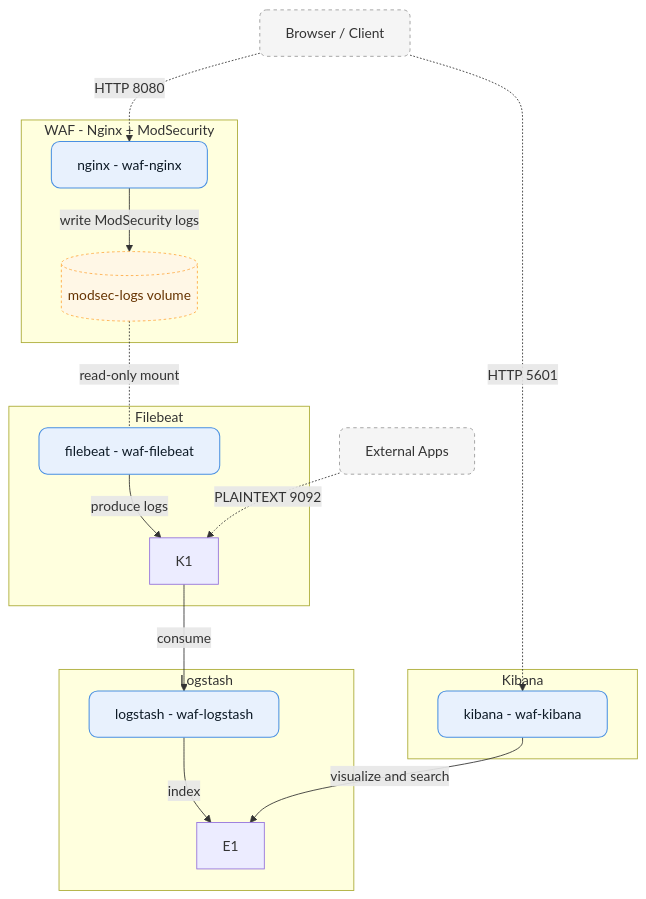
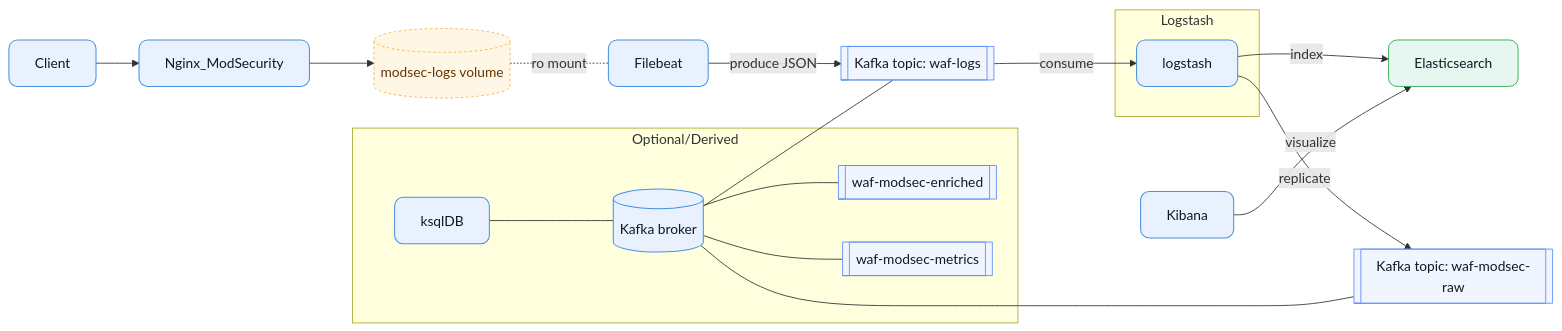
Before and after one commit to rojae/waf: the diagram in README.md, drawn with Mermaid. The commit also changed other lines of this file and 4 other files, not shown here.

````diff
--- a/README.md
+++ b/README.md
@@ -17,44 +24,33 @@
 ```mermaid
-flowchart TD
-    %% ===== Styles (밝은 톤) =====
-    classDef svc fill:#e8f1fd,stroke:#4a90e2,color:#0d1a26,stroke-width:1.2,rx:10,ry:10
-    classDef db  fill:#e6f7f1,stroke:#28a745,color:#0d1a26,rx:10,ry:10
-    classDef vol fill:#fff7e6,stroke:#ffa940,color:#663300,stroke-dasharray:3 3,rx:8,ry:8
-    classDef ext fill:#f5f5f5,stroke:#999,color:#333,stroke-dasharray:4 4,rx:8,ry:8
+flowchart LR
+  classDef svc fill:#e8f1fd,stroke:#4a90e2,color:#0d1a26,stroke-width:1.2,rx:10,ry:10
+  classDef db  fill:#e6f7f1,stroke:#28a745,color:#0d1a26,rx:10,ry:10
+  classDef vol fill:#fff7e6,stroke:#ffa940,color:#663300,stroke-dasharray:3 3,rx:8,ry:8
+  classDef topic fill:#f0f5ff,stroke:#5b8ff9,color:#0d1a26,rx:10,ry:10
 
-    %% ===== External =====
-    Client[Browser / Client]:::ext
-    ExtApps[External Apps]:::ext
+  C[Client]:::svc --> N[Nginx_ModSecurity]:::svc
+  N --> V[(modsec-logs volume)]:::vol
+  V -. ro mount .- F[Filebeat]:::svc
+  F -->|produce JSON| T1[[Kafka topic: waf-logs]]:::topic
+  K[(Kafka broker)]:::svc --- T1
 
-    %% ===== Nginx & Volume =====
-    subgraph Nginx[WAF - Nginx + ModSecurity]
-        N1[nginx - waf-nginx]:::svc
-        V1[(modsec-logs volume)]:::vol
-        N1 -->|write ModSecurity logs| V1
-    end
+  subgraph Logstash
+    L[logstash]:::svc
+  end
 
-    %% ===== Filebeat =====
-    subgraph Filebeat[Filebeat]
-        F1[filebeat - waf-filebeat]:::svc
-        V1 -. read-only mount .- F1
-        F1 -->|produce logs| K1
-    end
+  T1 -->|consume| L
+  L -->|index| E[Elasticsearch]:::db
+  L -->|replicate| T2[[Kafka topic: waf-modsec-raw]]:::topic
+  K --- T2
 
-    %% ===== Logstash =====
-    subgraph Logstash[Logstash]
-        L1[logstash - waf-logstash]:::svc
-        K1 -->|consume| L1
-        L1 -->|index| E1
-    end
+  subgraph Optional/Derived
+    T3[[waf-modsec-enriched]]:::topic
+    T4[[waf-modsec-metrics]]:::topic
+    KSQL[ksqlDB]:::svc
+    K --- T3
+    K --- T4
+    KSQL --- K
+  end
 
-    subgraph Kibana[Kibana]
-        B1[kibana - waf-kibana]:::svc
-        B1 -->|visualize and search| E1
-    end
-
-    %% ===== External Connections =====
-    Client -. HTTP 8080 .-> N1
-    Client -. HTTP 5601 .-> B1
-    ExtApps -. PLAINTEXT 9092 .-> K1
-
+  B[Kibana]:::svc -->|visualize| E
 ```
````
